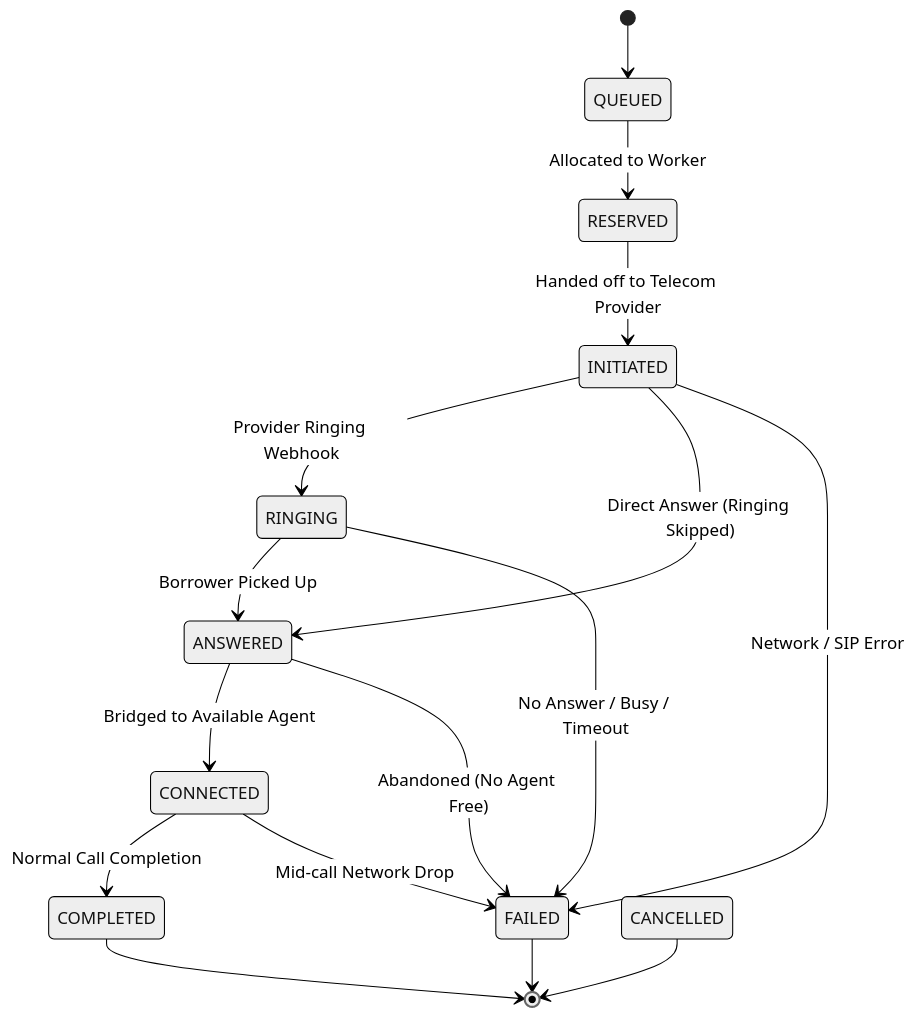
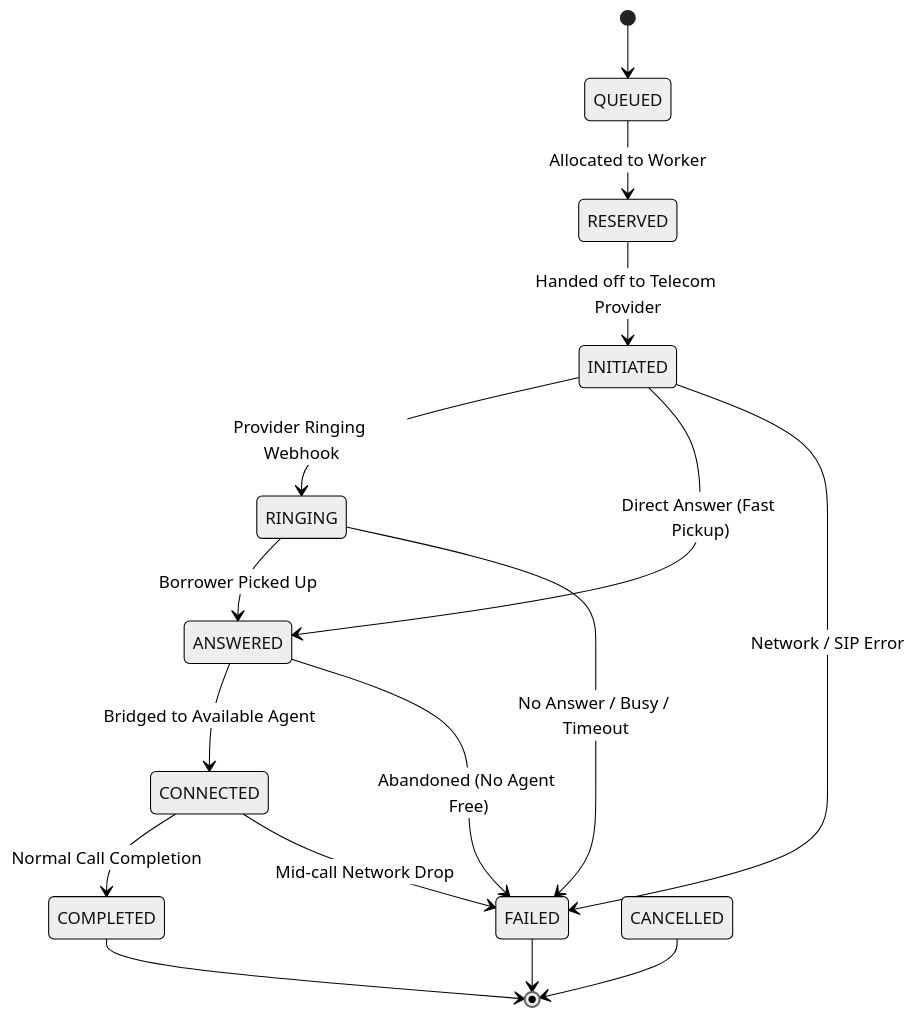
One commit to Jays2k4/CredResolve-Tech-Assessment changed the third of 4 diagrams in ARCHITECTURE.md. Above: the diagram before and after it, drawn with Mermaid (neutral theme). The commit also changed other lines of this file and 16 other files, not shown here.

````diff
--- a/ARCHITECTURE.md
+++ b/ARCHITECTURE.md
@@ -85,22 +85,22 @@
 ```mermaid
 stateDiagram-v2
     [*] --> QUEUED
     QUEUED --> RESERVED : Allocated to Worker
     RESERVED --> INITIATED : Handed off to Telecom Provider
     INITIATED --> RINGING : Provider Ringing Webhook
-    INITIATED --> ANSWERED : Direct Answer (Ringing Skipped)
+    INITIATED --> ANSWERED : Direct Answer (Fast Pickup)
     INITIATED --> FAILED : Network / SIP Error
     
     RINGING --> ANSWERED : Borrower Picked Up
     RINGING --> FAILED : No Answer / Busy / Timeout
     
     ANSWERED --> CONNECTED : Bridged to Available Agent
     ANSWERED --> FAILED : Abandoned (No Agent Free)
     
     CONNECTED --> COMPLETED : Normal Call Completion
     CONNECTED --> FAILED : Mid-call Network Drop
     
     COMPLETED --> [*]
     FAILED --> [*]
     CANCELLED --> [*]
 ```
````
